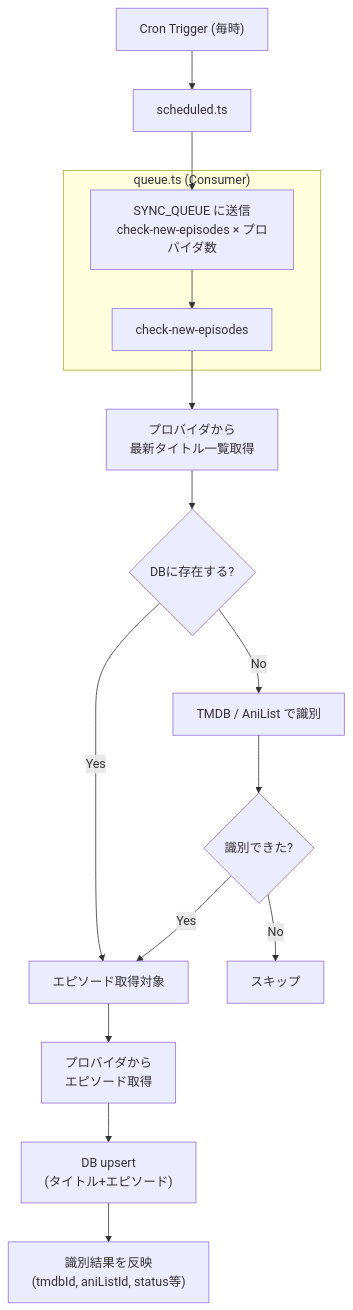
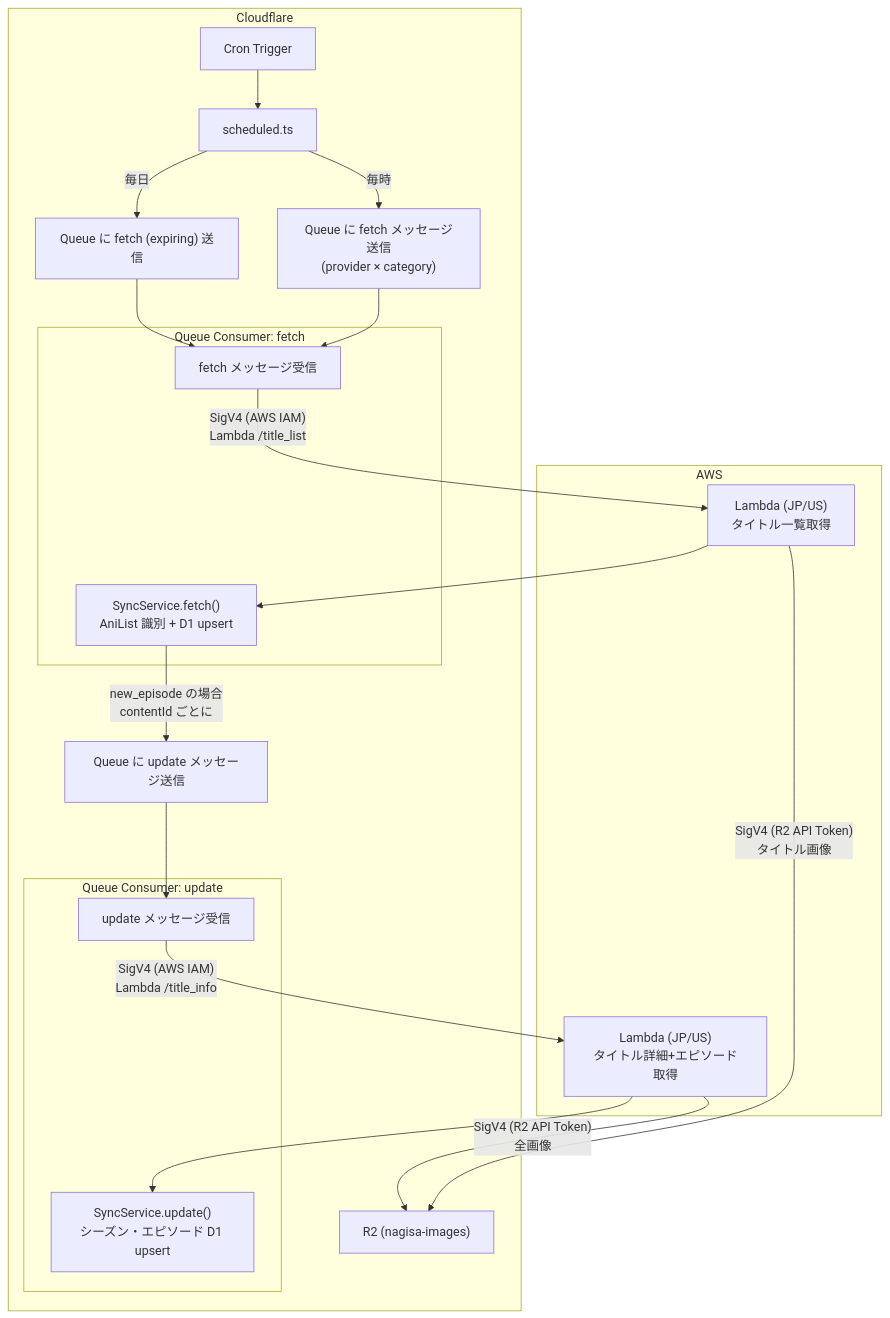
Before and after one commit to tkgstrator/anime-tracker: the first of 3 diagrams in docs/sync-queue-architecture.md, drawn with Mermaid. The commit also changed other lines of this file and 27 other files, not shown here.

First line of the commit message:
feat(sync): add Crunchyroll support and unify Lambda fetch handling

````diff
--- a/docs/sync-queue-architecture.md
+++ b/docs/sync-queue-architecture.md
@@ -5,24 +9,40 @@
 ```mermaid
 flowchart TD
-    Cron["Cron Trigger (毎時)"] --> Scheduled["scheduled.ts"]
+    subgraph CF["Cloudflare"]
+        Cron["Cron Trigger"] --> Scheduled["scheduled.ts"]
 
-    Scheduled --> Enqueue["SYNC_QUEUE に送信<br/>check-new-episodes × プロバイダ数"]
+        Scheduled -->|"毎時"| EnqueueFetch["Queue に fetch メッセージ送信<br/>(provider × category)"]
+        Scheduled -->|"毎日"| EnqueueExpiring["Queue に fetch (expiring) 送信"]
 
-    subgraph "queue.ts (Consumer)"
-        Enqueue --> CheckNewEp["check-new-episodes"]
+        subgraph FetchQueue["Queue Consumer: fetch"]
+            FetchMsg["fetch メッセージ受信"]
+            SyncFetch["SyncService.fetch()<br/>AniList 識別 + D1 upsert"]
+        end
+
+        subgraph UpdateQueue["Queue Consumer: update"]
+            UpdateMsg["update メッセージ受信"]
+            SyncUpdate["SyncService.update()<br/>シーズン・エピソード D1 upsert"]
+        end
+
+        EnqueueFetch --> FetchMsg
+        EnqueueExpiring --> FetchMsg
+
+        SyncFetch -->|"new_episode の場合<br/>contentId ごとに"| EnqueueUpdate["Queue に update メッセージ送信"]
+        EnqueueUpdate --> UpdateMsg
+
+        R2["R2 (nagisa-images)"]
     end
 
-    CheckNewEp --> FetchTitles["プロバイダから<br/>最新タイトル一覧取得"]
-    FetchTitles --> ExistsCheck{DBに存在する?}
+    subgraph AWS["AWS"]
+        Lambda1["Lambda (JP/US)<br/>タイトル一覧取得"]
+        Lambda2["Lambda (JP/US)<br/>タイトル詳細+エピソード取得"]
+    end
 
-    ExistsCheck -- Yes --> Merge["エピソード取得対象"]
+    FetchMsg -->|"SigV4 (AWS IAM)<br/>Lambda /title_list"| Lambda1
+    Lambda1 --> SyncFetch
+    Lambda1 -->|"SigV4 (R2 API Token)<br/>タイトル画像"| R2
 
-    ExistsCheck -- No --> Identify["TMDB / AniList で識別"]
-    Identify --> Identified{識別できた?}
-    Identified -- No --> Skip["スキップ"]
-    Identified -- Yes --> Merge
-
-    Merge --> FetchDetail["プロバイダから<br/>エピソード取得"]
-    FetchDetail --> Upsert["DB upsert<br/>(タイトル+エピソード)"]
-    Upsert --> SaveIds["識別結果を反映<br/>(tmdbId, aniListId, status等)"]
+    UpdateMsg -->|"SigV4 (AWS IAM)<br/>Lambda /title_info"| Lambda2
+    Lambda2 --> SyncUpdate
+    Lambda2 -->|"SigV4 (R2 API Token)<br/>全画像"| R2
 ```
````
